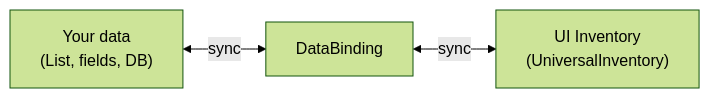
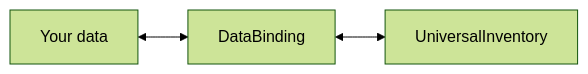
Before and after one commit to SergeevSergey99/DragAndDropSystem-Docs: the first of 2 diagrams in .docs/content/architecture/data-binding.en.md, drawn with Mermaid (forest theme). The commit also changed other lines of this file and 16 other files, not shown here.

````diff
--- a/.docs/content/architecture/data-binding.en.md
+++ b/.docs/content/architecture/data-binding.en.md
@@ -15,5 +12,5 @@
 ```mermaid
 flowchart LR
-    DATA["Your data<br/>(List, fields, DB)"] <-->|"sync"| DB["DataBinding"]
-    DB <-->|"sync"| UI["UI Inventory<br/>(UniversalInventory)"]
+    Data["Your data"] <--> Binding["DataBinding"]
+    Binding <--> UI["UniversalInventory"]
 ```
````
